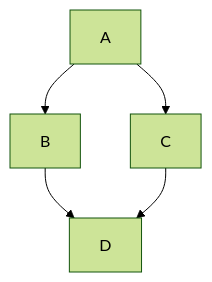
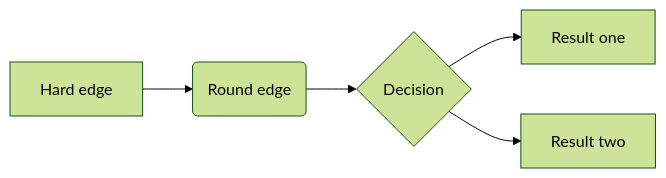
One commit to iandol/scrivomatic changed the third of 3 diagrams in sample-output/Quarto.qmd. Above: the diagram before and after it, drawn with Mermaid. The commit also changed other lines of this file and 8 other files, not shown here.

````diff
--- a/sample-output/Quarto.qmd
+++ b/sample-output/Quarto.qmd
@@ -304,15 +352,15 @@
 ```{mermaid}
 %%|label: fig-mermaid
 %%|fig-cap: A Mermaid figure using a Scrivener Section Type [Diagram Mermaid]; The plot represents some sort of graph…
 %%{init: {
   "theme": "forest",
   "themeCSS": ".extension { fill: white !important; };"
 }}%%
 
-graph TD;
-    A-->B;
-    A-->C;
-    B-->D;
-    C-->D;
+flowchart LR
+  A[Hard edge] --> B(Round edge)
+  B --> C{Decision}
+  C --> D[Result one]
+  C --> E[Result two]
 
 ```
````
